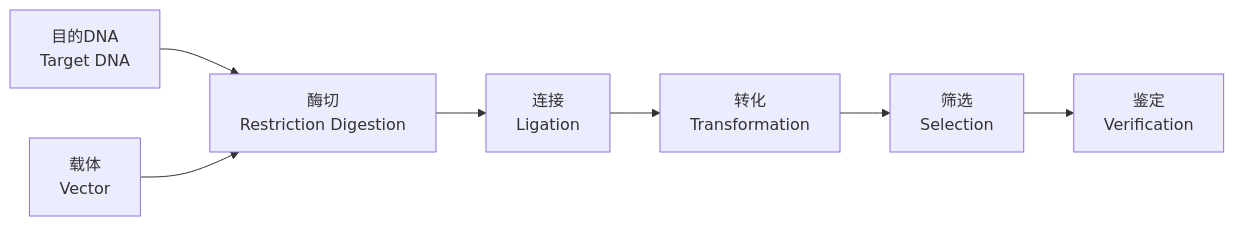
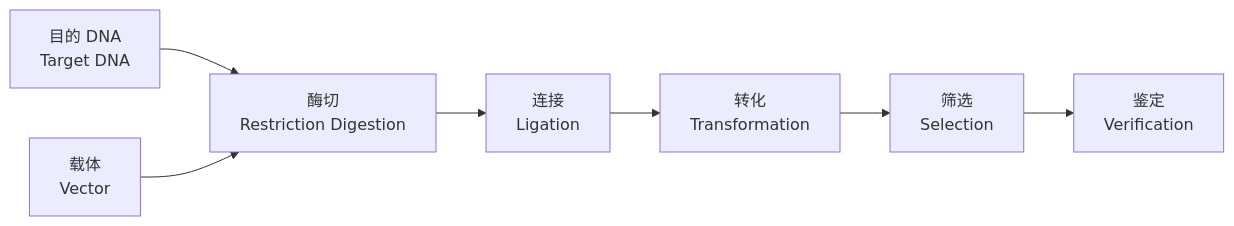
Before and after one commit to Tianshang301/TianshangKnowledgeBase: the second of 4 diagrams in 02_NaturalSciences/Biology/MolecularBiology/分子生物学技术.md, drawn with Mermaid. The commit also changed other lines of this file and 2257 other files, not shown here.

````diff
--- a/02_NaturalSciences/Biology/MolecularBiology/分子生物学技术.md
+++ b/02_NaturalSciences/Biology/MolecularBiology/分子生物学技术.md
@@ -67,9 +67,9 @@
 ```mermaid
 flowchart LR
-    A["目的DNA<br/>Target DNA"] --> B["酶切<br/>Restriction Digestion"]
+    A["目的 DNA<br/>Target DNA"] --> B["酶切<br/>Restriction Digestion"]
     C["载体<br/>Vector"] --> B
     B --> D["连接<br/>Ligation"]
     D --> E["转化<br/>Transformation"]
     E --> F["筛选<br/>Selection"]
     F --> G["鉴定<br/>Verification"]
 ```
````
